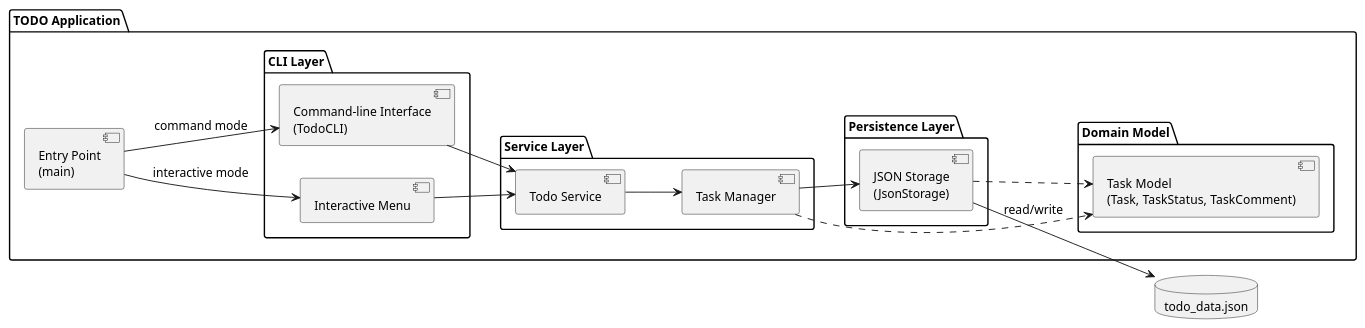
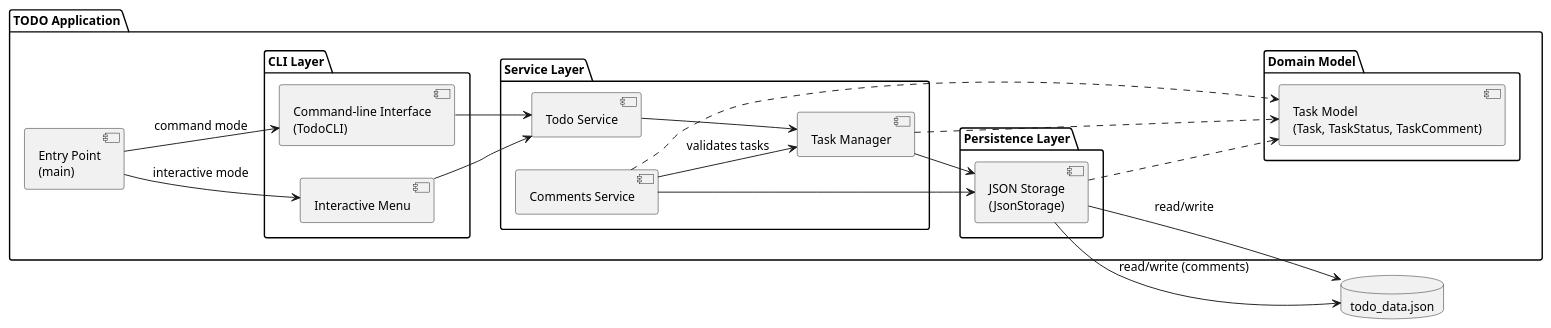
Before and after one commit to DanielRiha8906/Software_autoevolution_using_agents: the diagram in experiments/broadcast/user_stories/TODO/artifacts/component_diagram.puml, drawn with PlantUML. The commit also changed 2 other files, not shown here.

Commit message:
task 04 | broadcast / user_stories / TODO | CommentsService
Implement CommentsService for managing TaskComment lifecycle:
- Add comment to task with task existence validation
- List all comments for a task (ordered by created_at)
- Delete individual comments or all comments for a task (cascade)
- Edit comment content with updated_at timestamp (bonus)

All 3 broadcast candidates converged on identical implementation:
- 103 tests passing (26 new + 77 existing)
- Separate JSON storage for comments
- Integrates with TaskManager for validation
- Full CRUD operations with persistence

Files changed:
- src/services/comments_service.py (new)
- src/services/__init__.py (exports)
- tests/test_comments_service.py (26 tests)
- artifacts/class_diagram.puml (updated)
- artifacts/component_diagram.puml (updated)
- progress.md (documented)

```diff
--- a/experiments/broadcast/user_stories/TODO/artifacts/component_diagram.puml
+++ b/experiments/broadcast/user_stories/TODO/artifacts/component_diagram.puml
@@ -1,46 +1,51 @@
 @startuml component_diagram
 
 skinparam componentStyle uml2
 skinparam defaultFontSize 13
 
 left to right direction
 
 package "TODO Application" {
 
     component "Entry Point\n(main)" as Main
 
     package "CLI Layer" {
         component "Interactive Menu" as IM
         component "Command-line Interface\n(TodoCLI)" as CLI
     }
 
     package "Service Layer" {
         component "Todo Service" as SVC
         component "Task Manager" as MGR
+        component "Comments Service" as CMTS
     }
 
     package "Domain Model" {
         component "Task Model\n(Task, TaskStatus, TaskComment)" as Model
     }
 
     package "Persistence Layer" {
         component "JSON Storage\n(JsonStorage)" as Storage
     }
 }
 
 database "todo_data.json" as DB
 
 Main --> IM : interactive mode
 Main --> CLI : command mode
 
 IM --> SVC
 CLI --> SVC
 
 SVC --> MGR
 MGR --> Storage
+CMTS --> MGR : validates tasks
+CMTS --> Storage
 MGR ..> Model
+CMTS ..> Model
 Storage ..> Model
 
 Storage --> DB : read/write
+Storage --> DB : read/write (comments)
 
 @enduml
```
